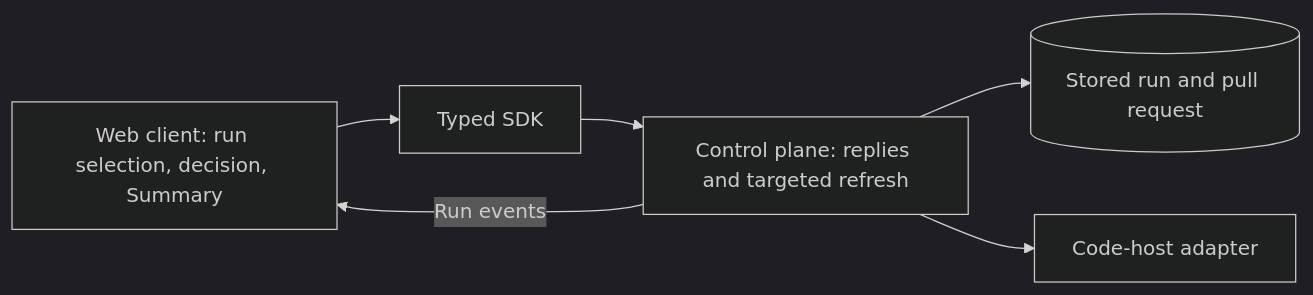
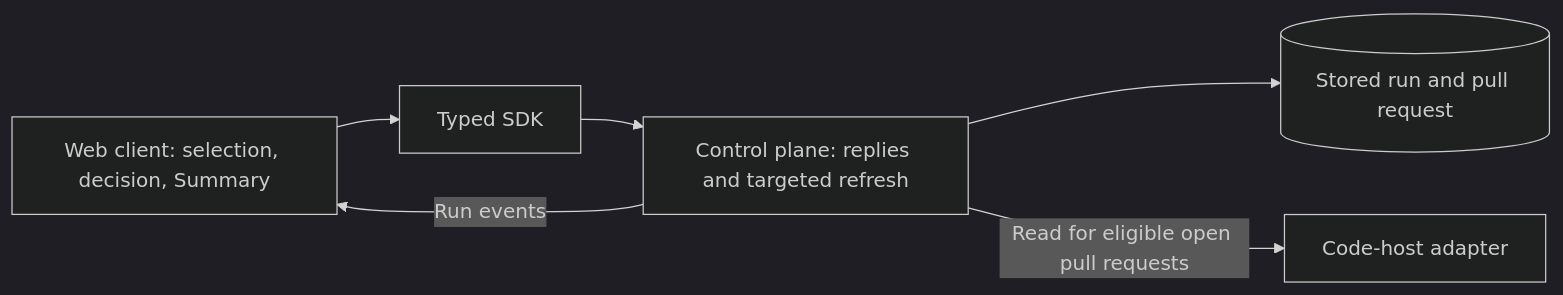
The third of 4 diagrams in context-human/specs/feature-approve-implementation-and-finish-at-the-pull-request.md (markdstafford/autocatalyst), drawn with Mermaid (dark theme) before and after one commit. The commit also changed other lines of this file, not shown here.

Commit message:
docs: revise feature spec approve-implementation-and-finish-at-the-pull-request

````diff
--- a/context-human/specs/feature-approve-implementation-and-finish-at-the-pull-request.md
+++ b/context-human/specs/feature-approve-implementation-and-finish-at-the-pull-request.md
@@ -129,8 +133,8 @@
 ```mermaid
 flowchart LR
-  W[Web client: run selection, decision, Summary] --> K[Typed SDK]
+  W[Web client: selection, decision, Summary] --> K[Typed SDK]
   K --> C[Control plane: replies and targeted refresh]
   C --> D[(Stored run and pull request)]
-  C --> H[Code-host adapter]
+  C -->|Read for eligible open pull requests| H[Code-host adapter]
   C -->|Run events| W
 ```
````
